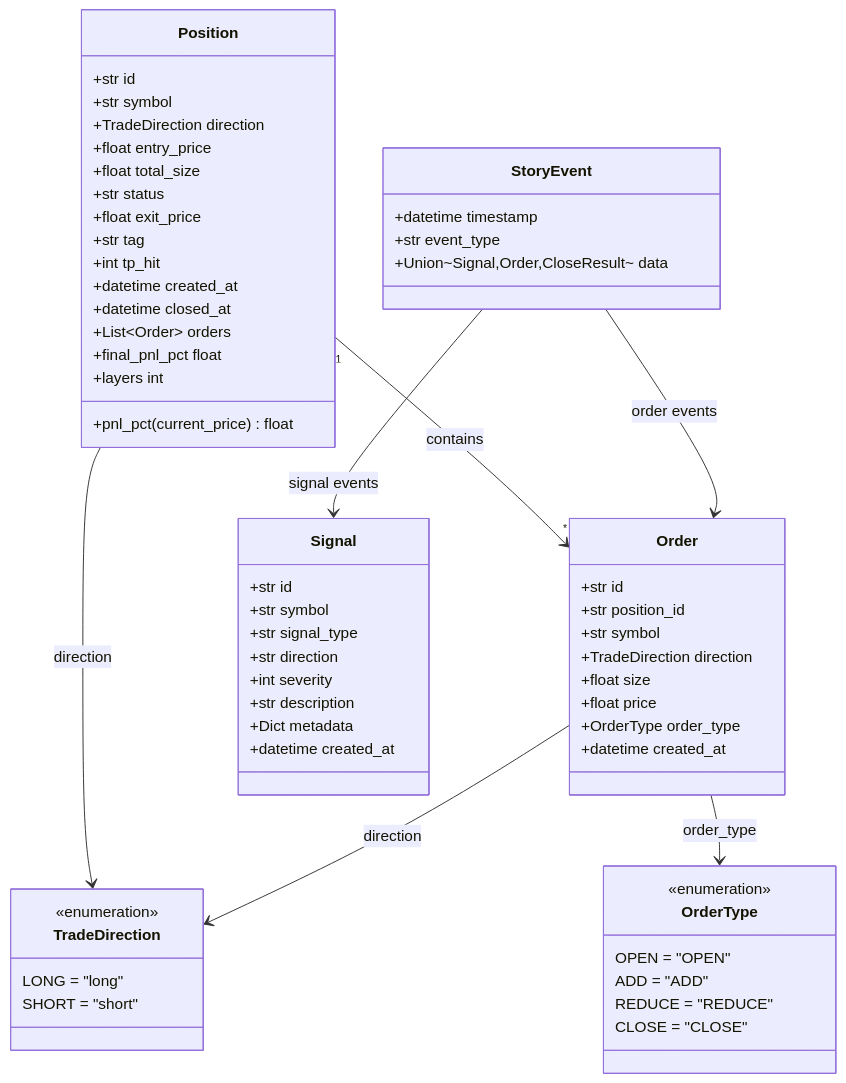
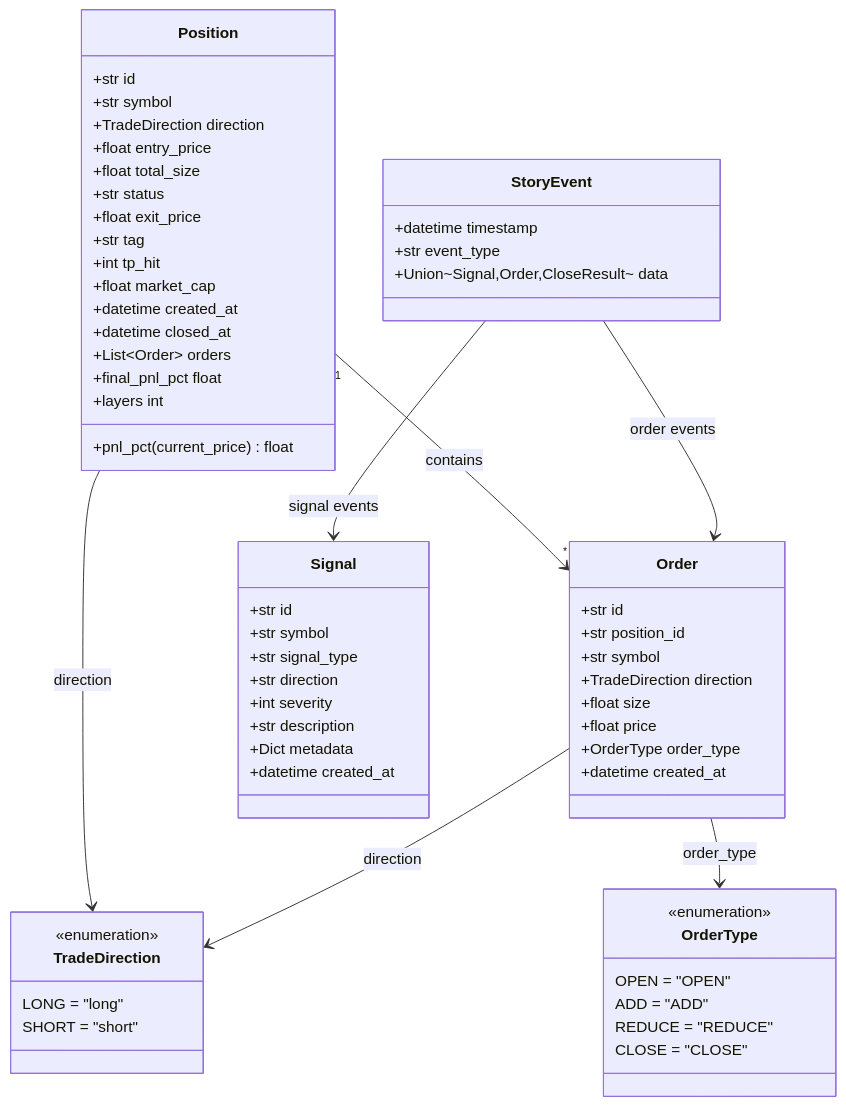
One commit to cqlwm/trading-service changed the first of 3 diagrams in architecture_document/03-domain-model.md. Above: the diagram before and after it, drawn with Mermaid. The commit also changed other lines of this file and 35 other files, not shown here.

First line of the commit message:
feat: add market cap snapshot to positions and implement trading posts storage

````diff
--- a/architecture_document/03-domain-model.md
+++ b/architecture_document/03-domain-model.md
@@ -7,69 +7,70 @@
 ```mermaid
 classDiagram
     class Position {
         +str id
         +str symbol
         +TradeDirection direction
         +float entry_price
         +float total_size
         +str status
         +float exit_price
         +str tag
         +int tp_hit
+        +float market_cap
         +datetime created_at
         +datetime closed_at
         +List~Order~ orders
         +pnl_pct(current_price) float
         +final_pnl_pct float
         +layers int
     }
 
     class Order {
         +str id
         +str position_id
         +str symbol
         +TradeDirection direction
         +float size
         +float price
         +OrderType order_type
         +datetime created_at
     }
 
     class Signal {
         +str id
         +str symbol
         +str signal_type
         +str direction
         +int severity
         +str description
         +Dict metadata
         +datetime created_at
     }
 
     class TradeDirection {
         <<enumeration>>
         LONG = "long"
         SHORT = "short"
     }
 
     class OrderType {
         <<enumeration>>
         OPEN = "OPEN"
         ADD = "ADD"
         REDUCE = "REDUCE"
         CLOSE = "CLOSE"
     }
 
     class StoryEvent {
         +datetime timestamp
         +str event_type
         +Union~Signal,Order,CloseResult~ data
     }
 
     Position "1" --> "*" Order : contains
     Position --> TradeDirection : direction
     Order --> TradeDirection : direction
     Order --> OrderType : order_type
     StoryEvent --> Signal : signal events
     StoryEvent --> Order : order events
 ```
````
